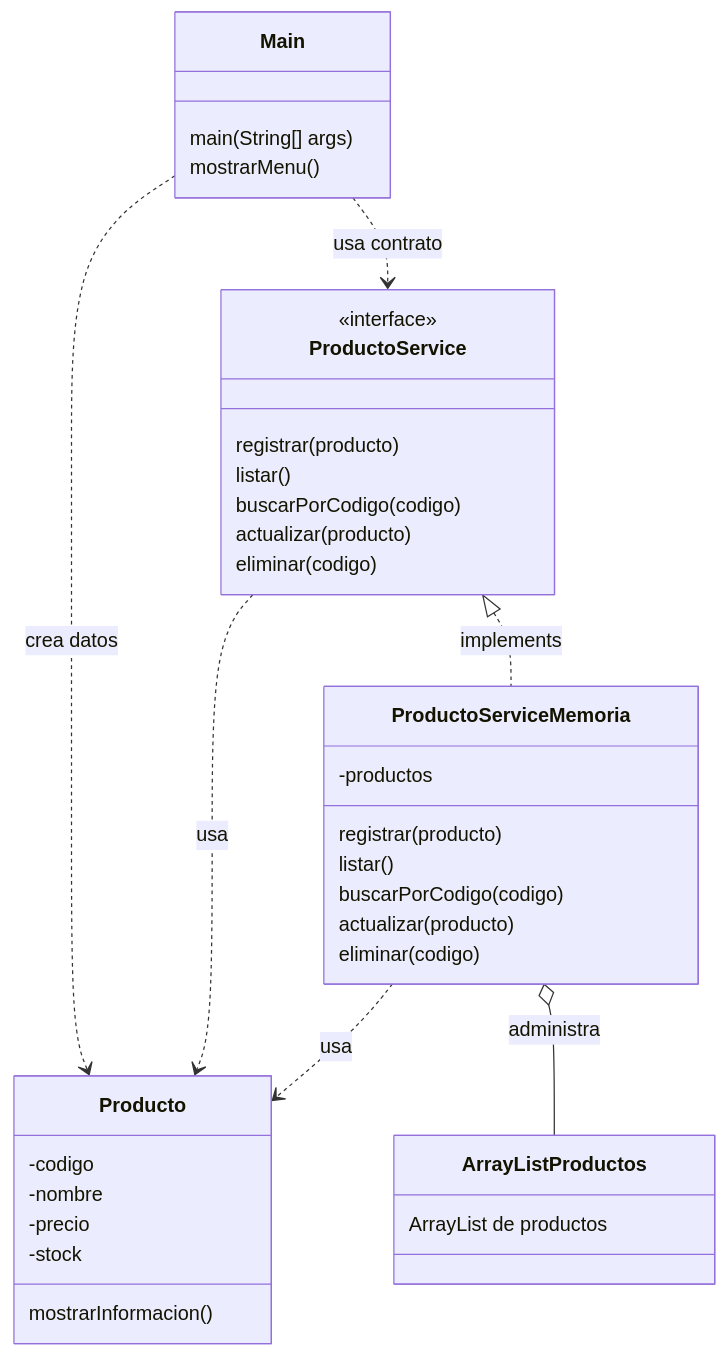
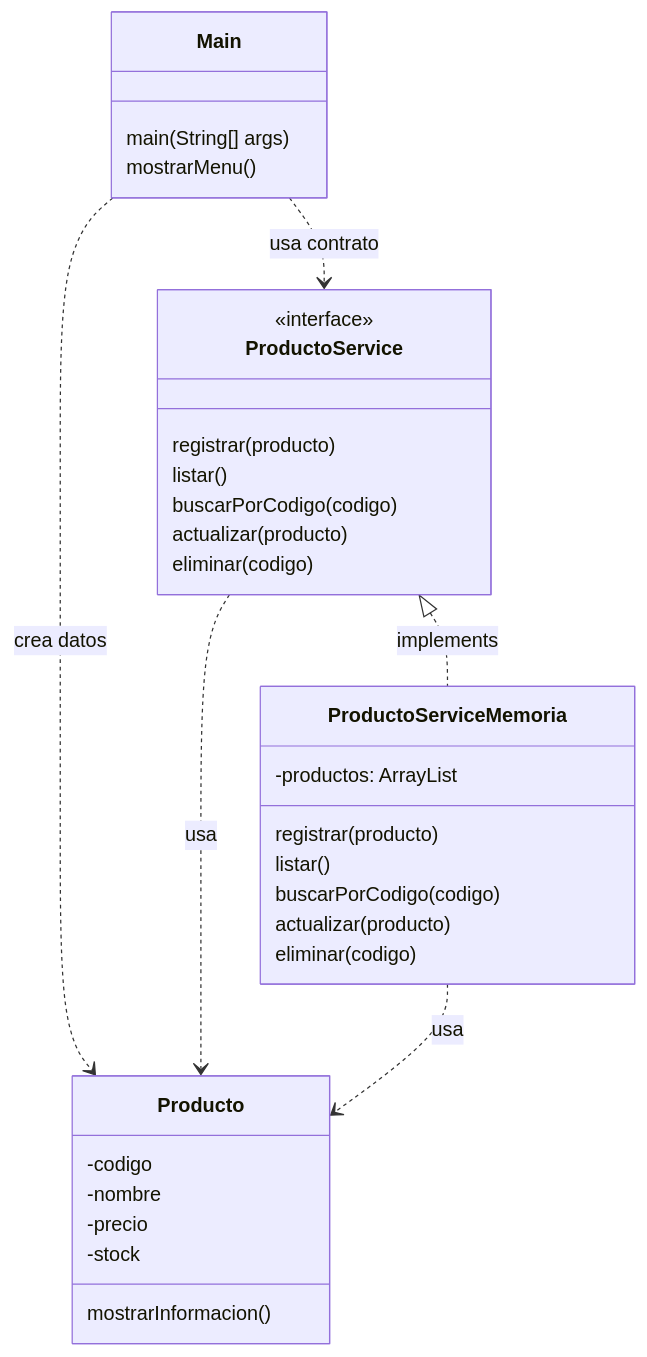
Before and after one commit to 262poo/comarket: the diagram in docs/S05_CRUD_Memoria_ArrayList.md, drawn with Mermaid. The commit also changed other lines of this file and 3 other files, not shown here.

````diff
--- a/docs/S05_CRUD_Memoria_ArrayList.md
+++ b/docs/S05_CRUD_Memoria_ArrayList.md
@@ -63,40 +63,36 @@
 ```mermaid
 classDiagram
     class Main {
         main(String[] args)
         mostrarMenu()
     }
     class Producto {
         -codigo
         -nombre
         -precio
         -stock
         mostrarInformacion()
     }
     class ProductoService {
         <<interface>>
         registrar(producto)
         listar()
         buscarPorCodigo(codigo)
         actualizar(producto)
         eliminar(codigo)
     }
     class ProductoServiceMemoria {
-        -productos
+        -productos: ArrayList
         registrar(producto)
         listar()
         buscarPorCodigo(codigo)
         actualizar(producto)
         eliminar(codigo)
-    }
-    class ArrayListProductos {
-        ArrayList de productos
     }
 
     Main ..> ProductoService : usa contrato
     Main ..> Producto : crea datos
     ProductoService <|.. ProductoServiceMemoria : implements
     ProductoService ..> Producto : usa
     ProductoServiceMemoria ..> Producto : usa
-    ProductoServiceMemoria o-- ArrayListProductos : administra
 ```
````
